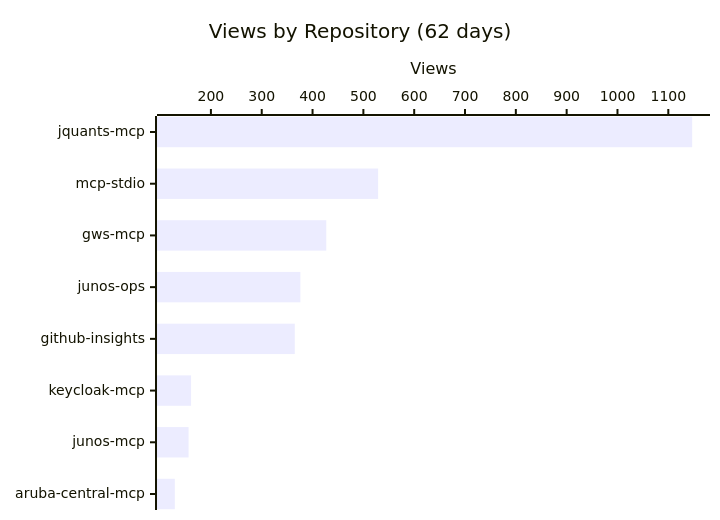
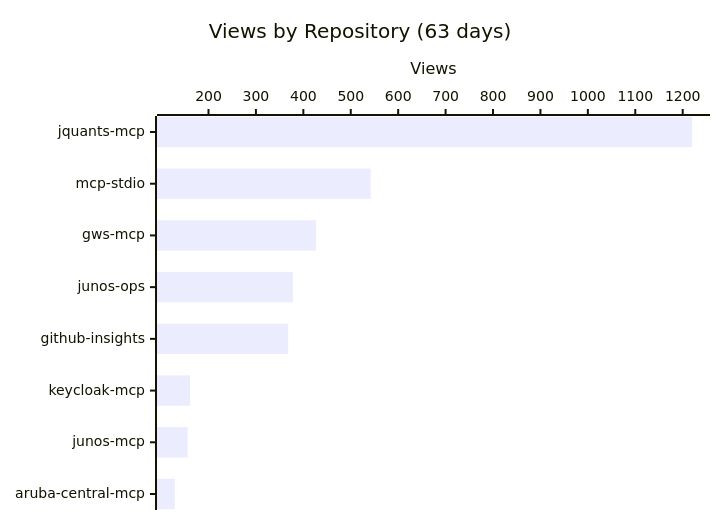
One commit to shigechika/github-insights changed the first of 3 diagrams in README.md. Above: the diagram before and after it, drawn with Mermaid. The commit also changed other lines of this file and 2 other files, not shown here.

````diff
--- a/README.md
+++ b/README.md
@@ -18,7 +18,7 @@
 ```mermaid
 xychart-beta horizontal
-    title "Views by Repository (62 days)"
+    title "Views by Repository (63 days)"
     x-axis ["jquants-mcp", "mcp-stdio", "gws-mcp", "junos-ops", "github-insights", "keycloak-mcp", "junos-mcp", "aruba-central-mcp"]
     y-axis "Views"
-    bar [1147, 529, 427, 376, 365, 161, 156, 129]
+    bar [1220, 542, 427, 378, 368, 161, 156, 129]
 ```
````
